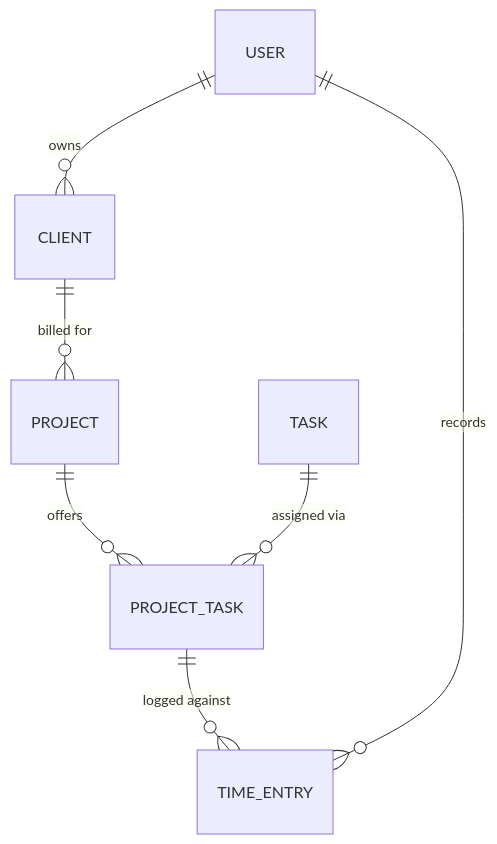
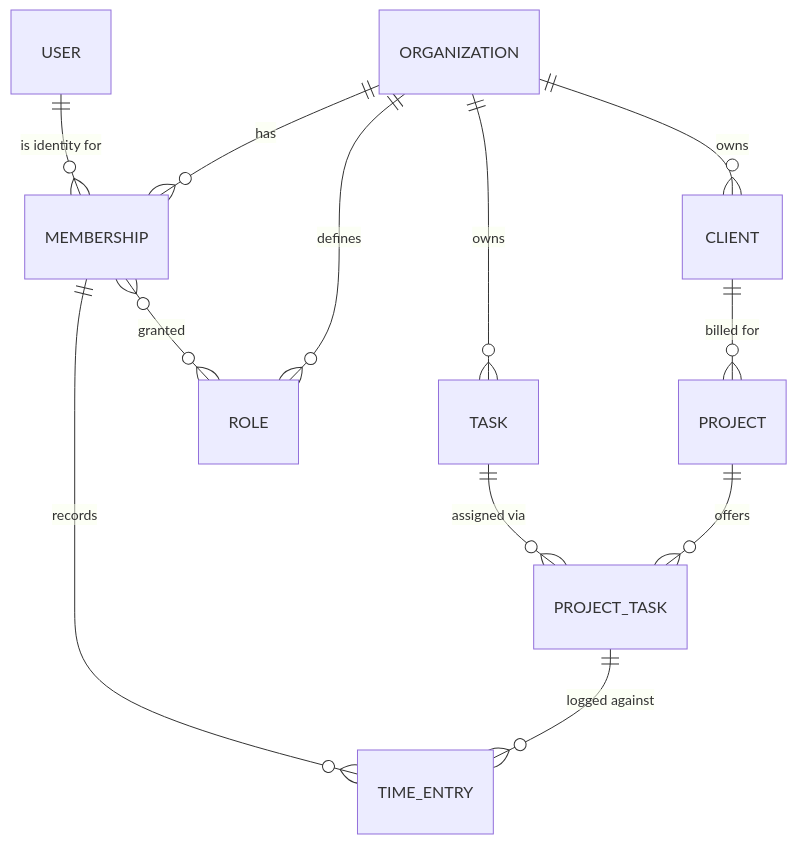
Before and after one commit to CaseyZS/Conflux-POC: the diagram in docs/requirements/data-model.md, drawn with Mermaid. The commit also changed other lines of this file, not shown here.

First line of the commit message:
Resolve data-model gaps: identity/membership, org ownership, entity fields

````diff
--- a/docs/requirements/data-model.md
+++ b/docs/requirements/data-model.md
@@ -31,9 +42,14 @@
 ```mermaid
 erDiagram
-    USER ||--o{ CLIENT : owns
+    ORGANIZATION ||--o{ MEMBERSHIP : has
+    ORGANIZATION ||--o{ CLIENT : owns
+    ORGANIZATION ||--o{ TASK : owns
+    ORGANIZATION ||--o{ ROLE : defines
+    USER ||--o{ MEMBERSHIP : "is identity for"
+    MEMBERSHIP }o--o{ ROLE : granted
     CLIENT ||--o{ PROJECT : "billed for"
     PROJECT ||--o{ PROJECT_TASK : offers
     TASK ||--o{ PROJECT_TASK : "assigned via"
     PROJECT_TASK ||--o{ TIME_ENTRY : "logged against"
-    USER ||--o{ TIME_ENTRY : records
+    MEMBERSHIP ||--o{ TIME_ENTRY : records
 ```
````
